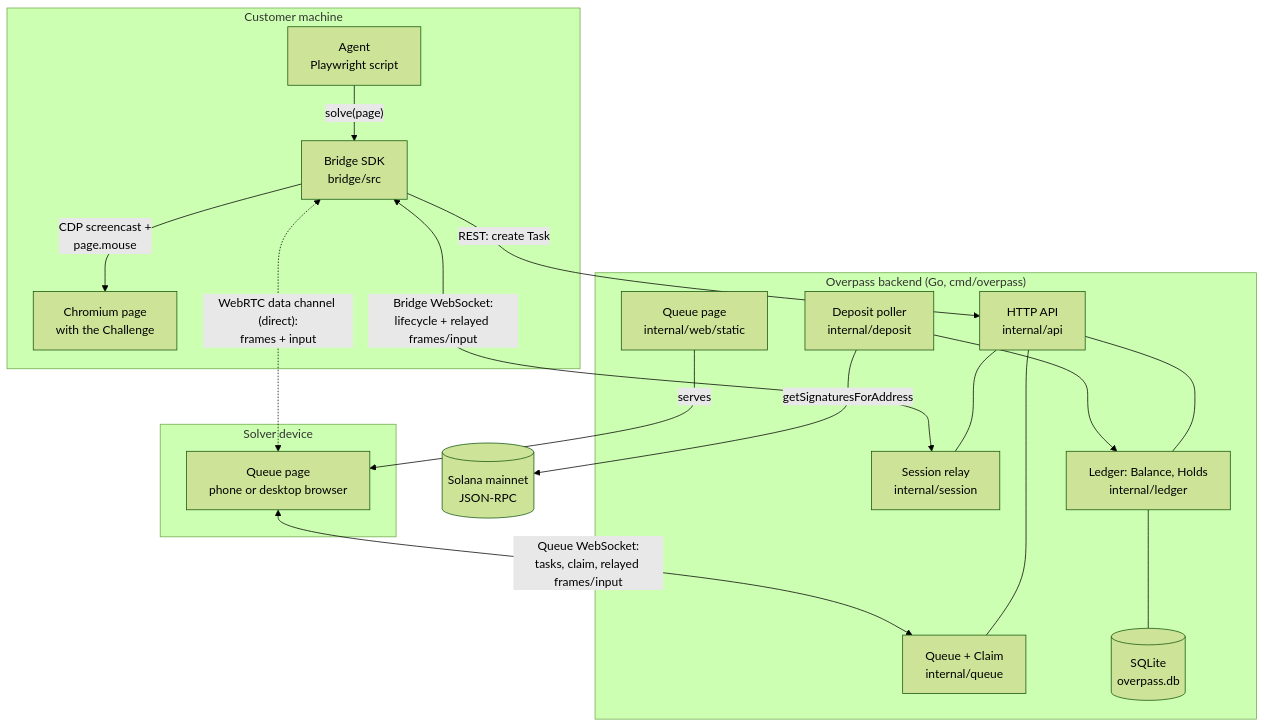
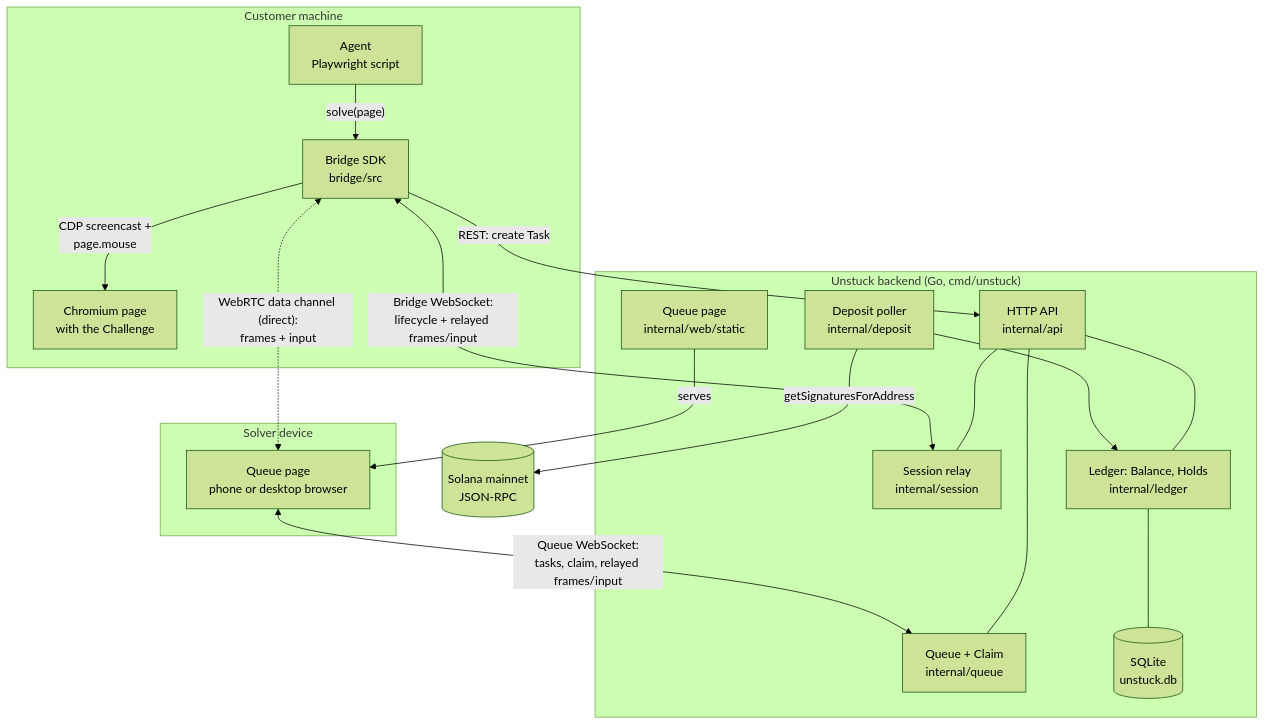
The fourth of 5 diagrams in README.md (yuchia329/overpass), drawn with Mermaid (forest theme) before and after one commit. The commit also changed other lines of this file and 53 other files, not shown here.

First line of the commit message:
Rename the project from Overpass to Unstuck

````diff
--- a/README.md
+++ b/README.md
@@ -157,36 +157,36 @@
 ```mermaid
 flowchart TB
     subgraph Customer machine
         AG[Agent<br/>Playwright script]
         BR[Bridge SDK<br/>bridge/src]
         CH[Chromium page<br/>with the Challenge]
         AG -- "solve(page)" --> BR
         BR -- "CDP screencast +<br/>page.mouse" --> CH
     end
 
-    subgraph Backend ["Overpass backend (Go, cmd/overpass)"]
+    subgraph Backend ["Unstuck backend (Go, cmd/unstuck)"]
         API[HTTP API<br/>internal/api]
         Q[Queue + Claim<br/>internal/queue]
         SE[Session relay<br/>internal/session]
         LE[Ledger: Balance, Holds<br/>internal/ledger]
         DE[Deposit poller<br/>internal/deposit]
-        DB[(SQLite<br/>overpass.db)]
+        DB[(SQLite<br/>unstuck.db)]
         WEB[Queue page<br/>internal/web/static]
         API --- Q & SE & LE
         LE --- DB
         DE --> LE
     end
 
     subgraph Solver device
         QP[Queue page<br/>phone or desktop browser]
     end
 
     SOL[(Solana mainnet<br/>JSON-RPC)]
 
     BR -- "REST: create Task" --> API
     BR <-- "Bridge WebSocket:<br/>lifecycle + relayed frames/input" --> SE
     QP <-- "Queue WebSocket:<br/>tasks, claim, relayed frames/input" --> Q
     WEB -- "serves" --> QP
     DE -- "getSignaturesForAddress" --> SOL
     BR <-. "WebRTC data channel (direct):<br/>frames + input" .-> QP
 ```
````
